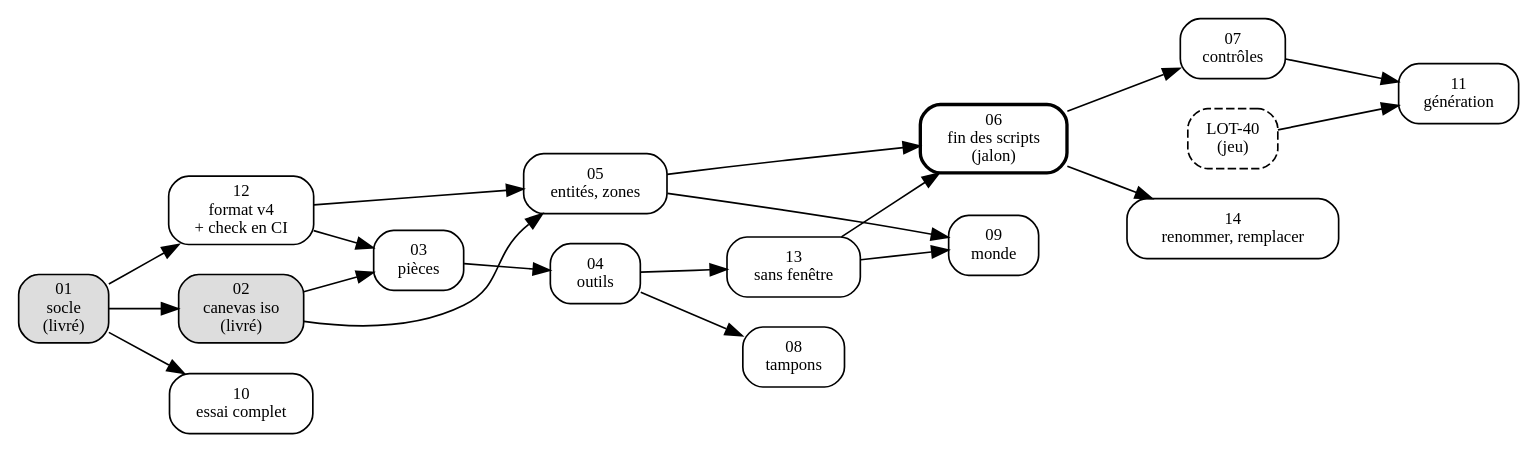
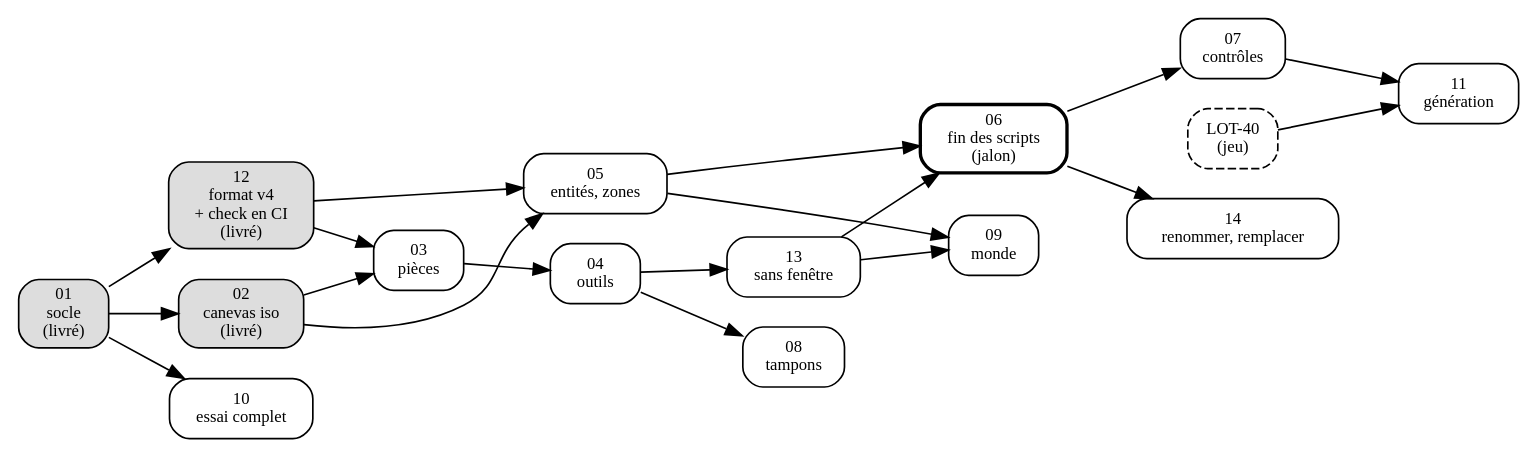
One commit to azertval/JustAnotherDnDGame changed the diagram in Documentation/Editeur/feuille-de-route.md. Above: the diagram before and after it, drawn with Graphviz. The commit also changed other lines of this file and 64 other files, not shown here.

````diff
--- a/Documentation/Editeur/feuille-de-route.md
+++ b/Documentation/Editeur/feuille-de-route.md
@@ -209,29 +209,29 @@
 ```dot
 digraph editeur {
   rankdir=LR;
   node [shape=box, style=rounded, fontsize=10];
   E01 [label="01\nsocle\n(livré)", style="rounded,filled", fillcolor="#dddddd"];
   E02 [label="02\ncanevas iso\n(livré)", style="rounded,filled", fillcolor="#dddddd"];
-  E12 [label="12\nformat v4\n+ check en CI"];
+  E12 [label="12\nformat v4\n+ check en CI\n(livré)", style="rounded,filled", fillcolor="#dddddd"];
   E03 [label="03\npièces"];
   E04 [label="04\noutils"];
   E05 [label="05\nentités, zones"];
   E13 [label="13\nsans fenêtre"];
   E06 [label="06\nfin des scripts\n(jalon)", style="rounded,bold"];
   E07 [label="07\ncontrôles"];
   E14 [label="14\nrenommer, remplacer"];
   E08 [label="08\ntampons"];
   E09 [label="09\nmonde"];
   E10 [label="10\nessai complet"];
   E11 [label="11\ngénération"];
   L40 [label="LOT-40\n(jeu)", style="rounded,dashed"];
   E01 -> E02; E01 -> E12; E01 -> E10;
   E02 -> E03; E12 -> E03;
   E02 -> E05; E12 -> E05;
   E03 -> E04; E04 -> E13; E04 -> E08;
   E13 -> E06; E05 -> E06;
   E06 -> E07; E06 -> E14;
   E05 -> E09; E13 -> E09;
   E07 -> E11; L40 -> E11;
 }
 ```
````
